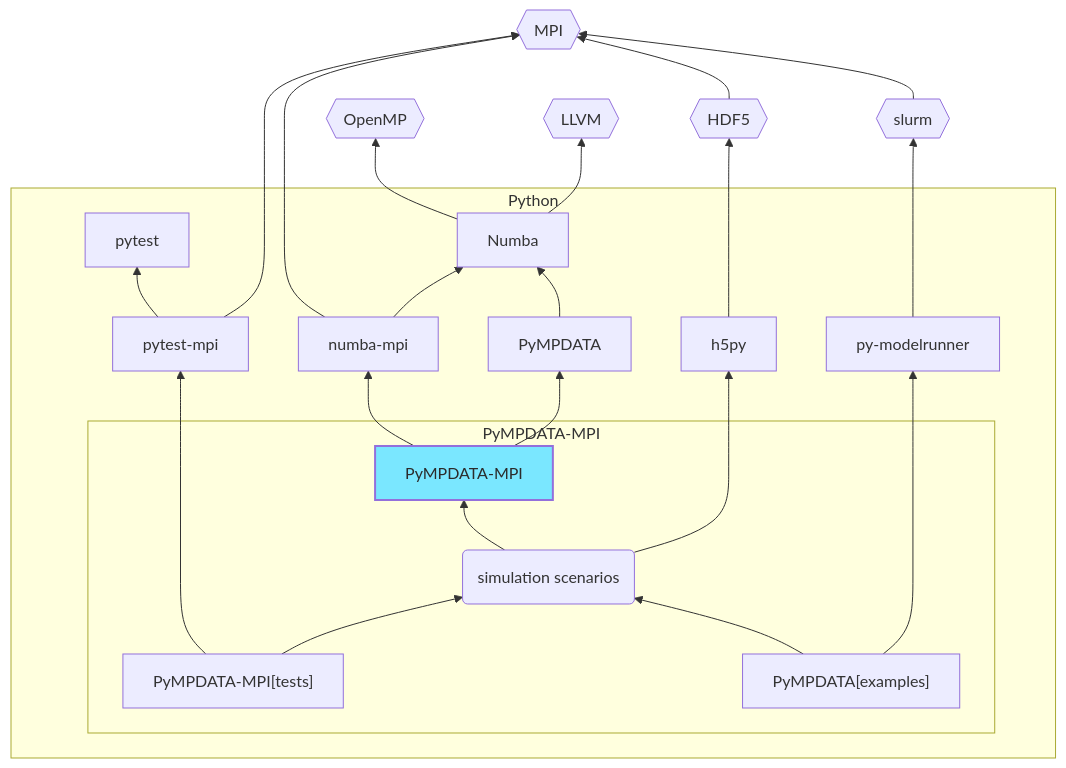
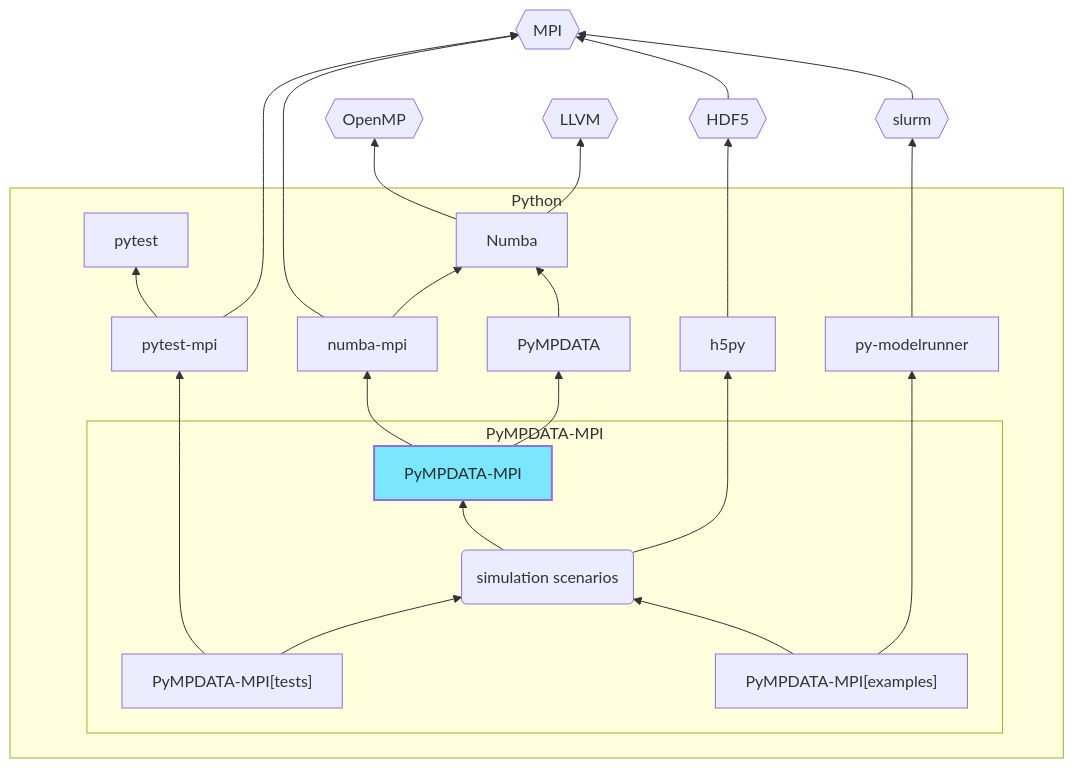
The diagram in README.md (open-atmos/PyMPDATA), drawn with Mermaid before and after one commit.

Commit message:
package name fix in README diagram

````diff
--- a/README.md
+++ b/README.md
@@ -93,40 +93,40 @@
 ```mermaid
     flowchart BT
 
     H5PY ---> HDF{{HDF5}}
     subgraph pythonic-dependencies [Python]
       TESTS --> H[pytest-mpi]
       subgraph PyMPDATA-MPI ["PyMPDATA-MPI"]
         TESTS["PyMPDATA-MPI[tests]"] --> CASES(simulation scenarios)
-        A1["PyMPDATA[examples]"] --> CASES
+        A1["PyMPDATA-MPI[examples]"] --> CASES
         CASES --> D[PyMPDATA-MPI]
       end
       A1 ---> C[py-modelrunner]
       CASES ---> H5PY[h5py]
       D --> E[numba-mpi]
       H --> X[pytest]
       E --> N
       F --> N[Numba]
       D --> F[PyMPDATA]
     end
     H ---> MPI
     C ---> slurm{{slurm}}
     N --> OMPI{{OpenMP}}
     N --> L{{LLVM}}
     E ---> MPI{{MPI}}
     HDF --> MPI
     slurm --> MPI
 
 style D fill:#7ae7ff,stroke-width:2px,color:#2B2B2B
 
 click H "https://pypi.org/p/pytest-mpi"
 click X "https://pypi.org/p/pytest"
 click F "https://pypi.org/p/PyMPDATA"
 click N "https://pypi.org/p/numba"
 click C "https://pypi.org/p/py-modelrunner"
 click H5PY "https://pypi.org/p/h5py"
 click E "https://pypi.org/p/numba-mpi"
 click A1 "https://pypi.org/p/PyMPDATA-MPI"
 click D "https://pypi.org/p/PyMPDATA-MPI"
 click TESTS "https://pypi.org/p/PyMPDATA-MPI"
 ```
````
